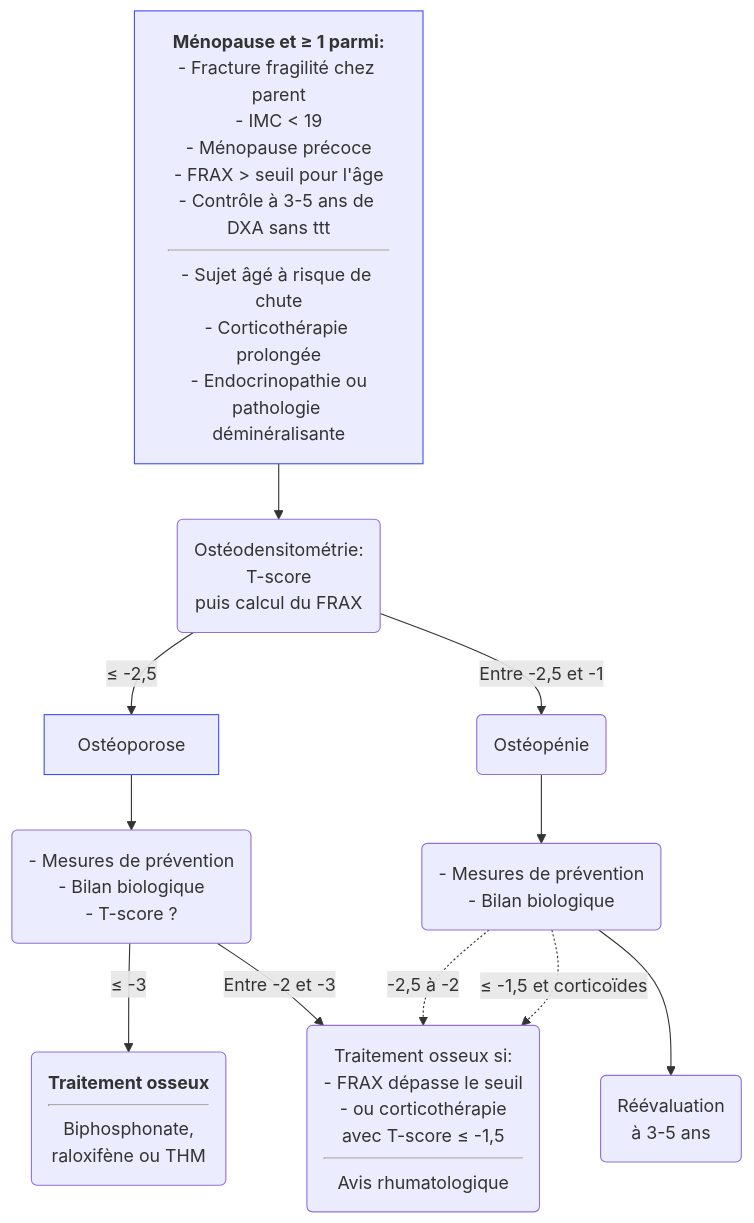
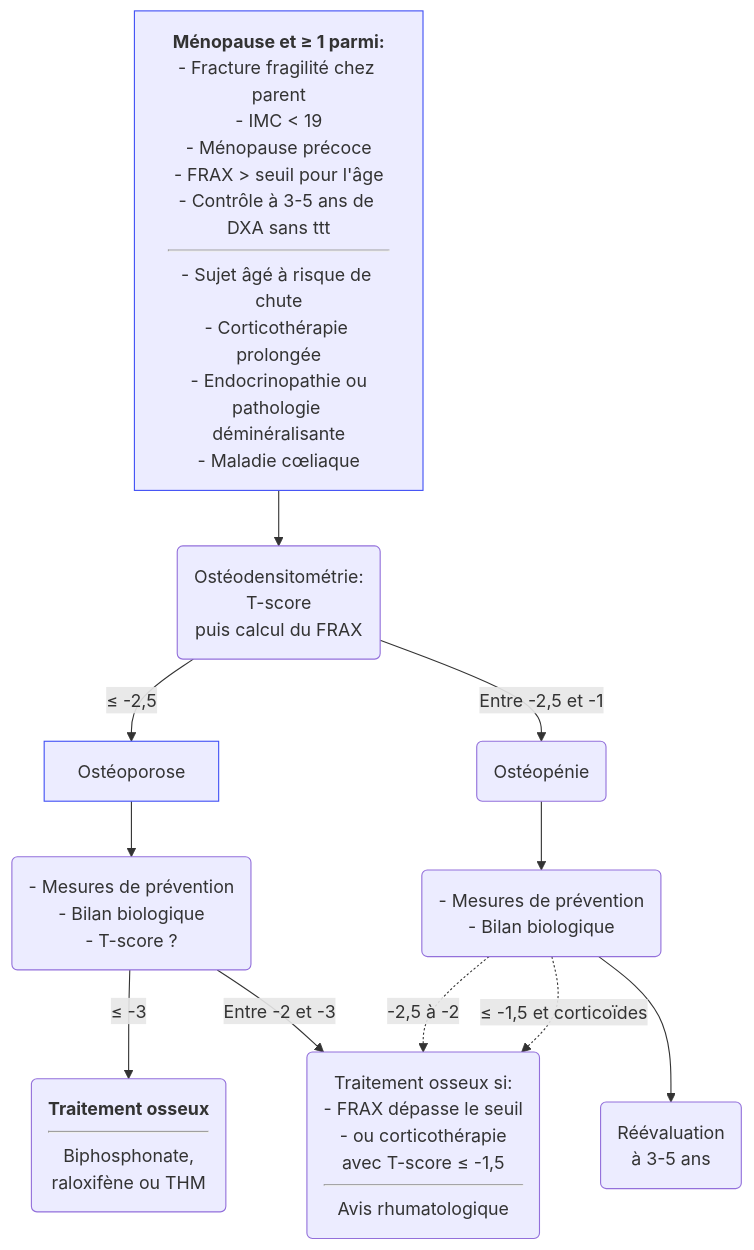
One commit to djibe/recommandations-medicales changed the first of 2 diagrams in content/recommandations/osteoporose.md. Above: the diagram before and after it, drawn with Mermaid. The commit also changed other lines of this file and 3 other files, not shown here.

```diff
--- a/content/recommandations/osteoporose.md
+++ b/content/recommandations/osteoporose.md
@@ -467,13 +471,13 @@
 {{< mermaid title="Dépistage de l'ostéoporose en l'absence d'antécédent de fracture. JB Fron d'après SFRhumato 2018 et HAS lombalgie 2019" >}}
 graph TB
-  menopause["<b>Ménopause et &ge; 1 parmi:</b><br>- Fracture fragilité chez parent<br>- IMC &lt; 19<br>- Ménopause précoce<br>- FRAX &gt; seuil pour l'âge<br>- Contrôle à 3-5 ans de DXA sans ttt<hr>- Sujet âgé à risque de chute<br>- Corticothérapie prolongée<br>- Endocrinopathie ou<br>pathologie déminéralisante"]
+  menopause["<b>Ménopause et &ge; 1 parmi:</b><br>- Fracture fragilité chez parent<br>- IMC &lt; 19<br>- Ménopause précoce<br>- FRAX &gt; seuil pour l'âge<br>- Contrôle à 3-5 ans de DXA sans ttt<hr>- Sujet âgé à risque de chute<br>- Corticothérapie prolongée<br>- Endocrinopathie ou<br>pathologie déminéralisante<br>- Maladie cœliaque"]
   style menopause stroke:#4150f5, stroke-width:1px
     menopause --> DXA(Ostéodensitométrie:<br>T-score<br>puis calcul du FRAX)
       DXA -- "&le; -2,5" --> Ostéoporose --> prev("- Mesures de prévention<br>- Bilan biologique<br>- T-score ?")
       style Ostéoporose stroke:#4150f5, stroke-width:1px
         prev -- "&le; -3" --> traitement("<b>Traitement osseux</b><hr>Biphosphonate,<br>raloxifène ou THM")
         prev -- "Entre -2 et -3" --> avis("Traitement osseux si:<br>- FRAX dépasse le seuil<br>- ou corticothérapie<br>avec T-score &le; -1,5<hr>Avis rhumatologique")
       DXA -- "Entre -2,5 et -1" --> osteopenie(Ostéopénie) --> prevention("- Mesures de prévention<br>- Bilan biologique") -. "-2,5 à -2" .-> avis
       prevention -. "&le; -1,5 et corticoïdes".-> avis
       prevention --> recontrole("Réévaluation<br>à 3-5 ans")
 {{< /mermaid >}}
```
